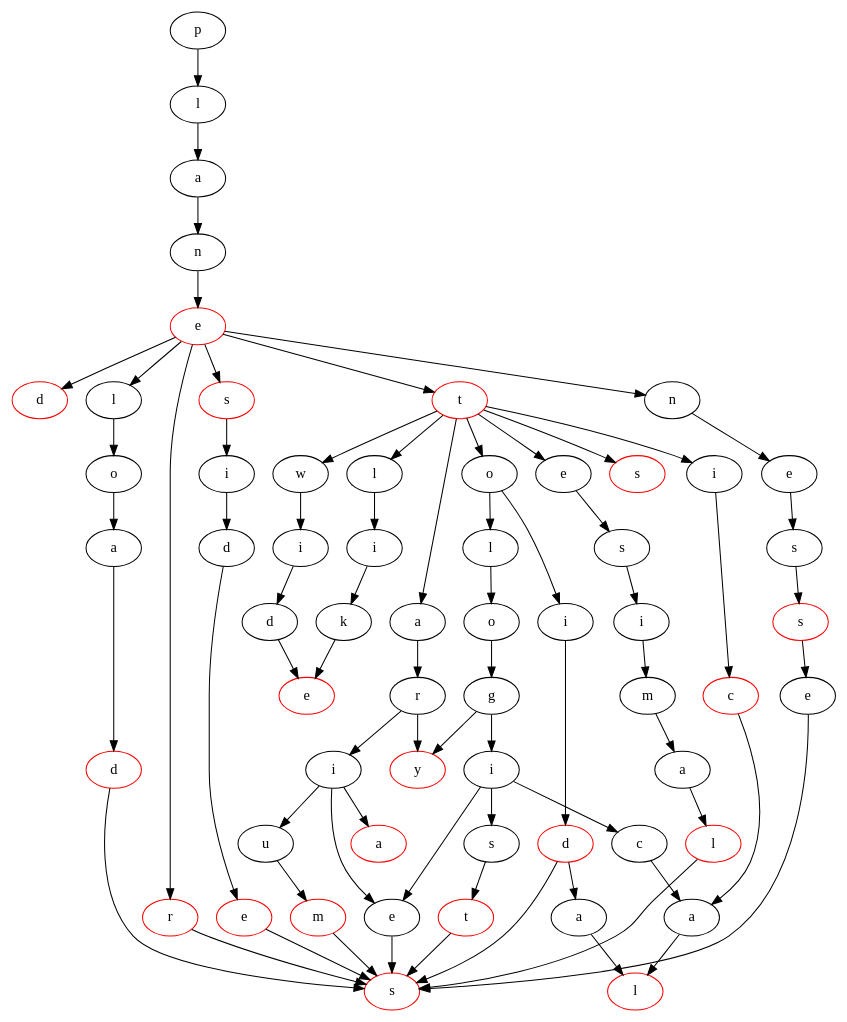
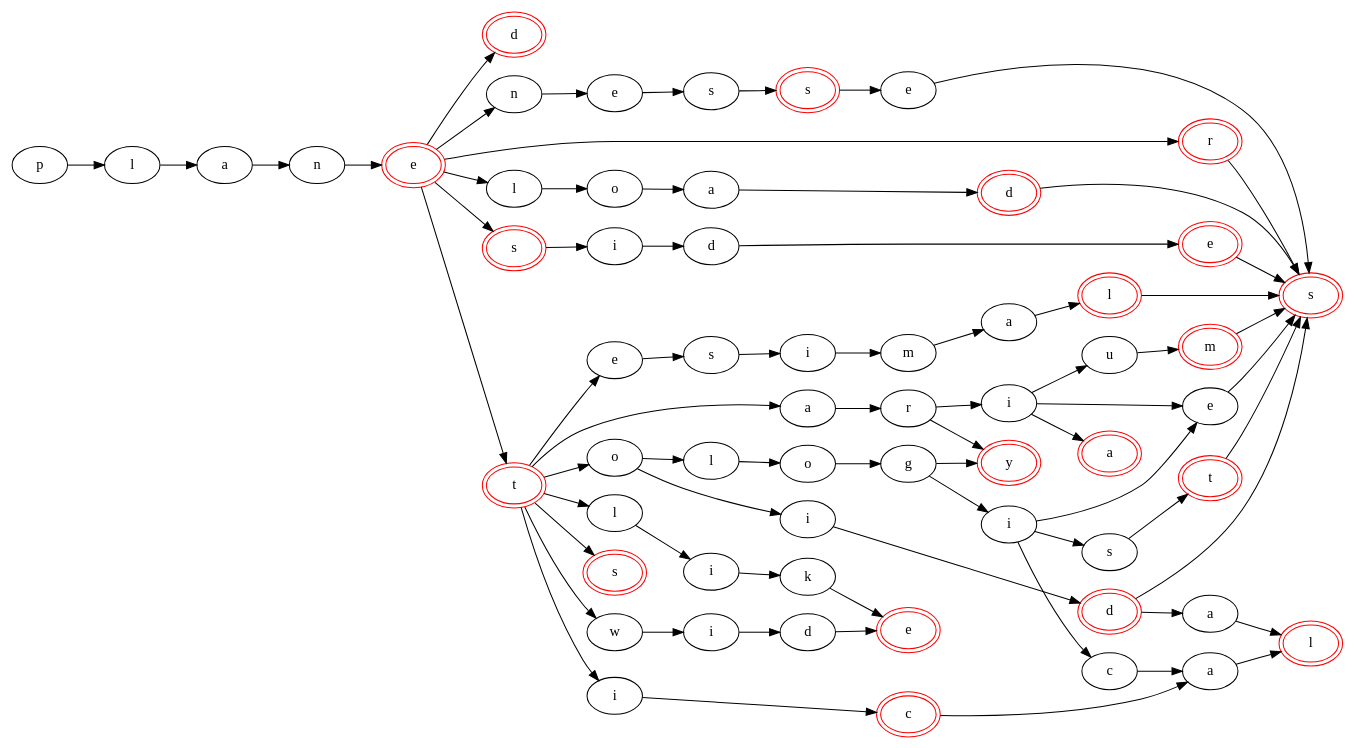
The diagram in gv/graph.gv (nthapaliya/wordgraph), drawn with Graphviz before and after one commit. The commit also changed 14 other files, not shown here.

```diff
--- a/gv/graph.gv
+++ b/gv/graph.gv
@@ -1,141 +1,142 @@
 digraph Dawg {
 2672 [label=p];
 3692 [label=l];
 4705 [label=a];
 5742 [label=n];
-7013 [label=e, color=red];
-356 [label=d, color=red];
+7013 [label=e, color=red, peripheries=2];
+356 [label=d, color=red, peripheries=2];
 7276 [label=l];
 8302 [label=n];
-9586 [label=r, color=red];
-10611 [label=s, color=red];
-12148 [label=t, color=red];
+9586 [label=r, color=red, peripheries=2];
+10611 [label=s, color=red, peripheries=2];
+12148 [label=t, color=red, peripheries=2];
 12911 [label=o];
 13925 [label=e];
-883 [label=s, color=red];
+883 [label=s, color=red, peripheries=2];
 14953 [label=i];
 15457 [label=a];
 16485 [label=e];
 17513 [label=i];
 18540 [label=l];
 19567 [label=o];
-371 [label=s, color=red];
+371 [label=s, color=red, peripheries=2];
 21111 [label=w];
 22113 [label=a];
 23155 [label=s];
 24164 [label=d];
 25202 [label=r];
 26227 [label=s];
-27491 [label=c, color=red];
+27491 [label=c, color=red, peripheries=2];
 28265 [label=i];
 28777 [label=i];
 30316 [label=l];
 31337 [label=i];
-10084 [label=d, color=red];
-32627 [label=s, color=red];
-10085 [label=e, color=red];
+10084 [label=d, color=red, peripheries=2];
+32627 [label=s, color=red, peripheries=2];
+10085 [label=e, color=red, peripheries=2];
 32873 [label=i];
-889 [label=y, color=red];
+889 [label=y, color=red, peripheries=2];
 34409 [label=i];
 35425 [label=a];
 36459 [label=k];
-37732 [label=d, color=red];
+37732 [label=d, color=red, peripheries=2];
 38511 [label=o];
 36452 [label=d];
 39525 [label=e];
-353 [label=a, color=red];
+353 [label=a, color=red, peripheries=2];
 39013 [label=e];
 40565 [label=u];
 41581 [label=m];
-876 [label=l, color=red];
-869 [label=e, color=red];
+876 [label=l, color=red, peripheries=2];
+869 [label=e, color=red, peripheries=2];
 34913 [label=a];
-883 [label=s, color=red];
+883 [label=s, color=red, peripheries=2];
 42599 [label=g];
-883 [label=s, color=red];
-10093 [label=m, color=red];
+883 [label=s, color=red, peripheries=2];
+10093 [label=m, color=red, peripheries=2];
 43617 [label=a];
 44137 [label=i];
-889 [label=y, color=red];
-10092 [label=l, color=red];
+889 [label=y, color=red, peripheries=2];
+10092 [label=l, color=red, peripheries=2];
 45155 [label=c];
 39013 [label=e];
 46707 [label=s];
 35425 [label=a];
-10100 [label=t, color=red];
+10100 [label=t, color=red, peripheries=2];
 2672->3692;
 3692->4705;
 4705->5742;
 5742->7013;
 7013->356;
 7013->7276;
 7013->8302;
 7013->9586;
 7013->10611;
 7013->12148;
 7276->12911;
 8302->13925;
 9586->883;
 10611->14953;
 12148->15457;
 12148->16485;
 12148->17513;
 12148->18540;
 12148->19567;
 12148->371;
 12148->21111;
 12911->22113;
 13925->23155;
 14953->24164;
 15457->25202;
 16485->26227;
 17513->27491;
 18540->28265;
 19567->28777;
 19567->30316;
 21111->31337;
 22113->10084;
 23155->32627;
 24164->10085;
 25202->32873;
 25202->889;
 26227->34409;
 27491->35425;
 28265->36459;
 28777->37732;
 30316->38511;
 31337->36452;
 10084->883;
 32627->39525;
 10085->883;
 32873->353;
 32873->39013;
 32873->40565;
 34409->41581;
 35425->876;
 36459->869;
 37732->34913;
 37732->883;
 38511->42599;
 36452->869;
 39525->883;
 39013->883;
 40565->10093;
 41581->43617;
 34913->876;
 42599->44137;
 42599->889;
 10093->883;
 43617->10092;
 44137->45155;
 44137->39013;
 44137->46707;
 10092->883;
 45155->35425;
 39013->883;
 46707->10100;
 35425->876;
 10100->883;
 concentrate=true;
-horizontal=true;
+mclimit=10.0;
+rankdir=LR;
 }
```
